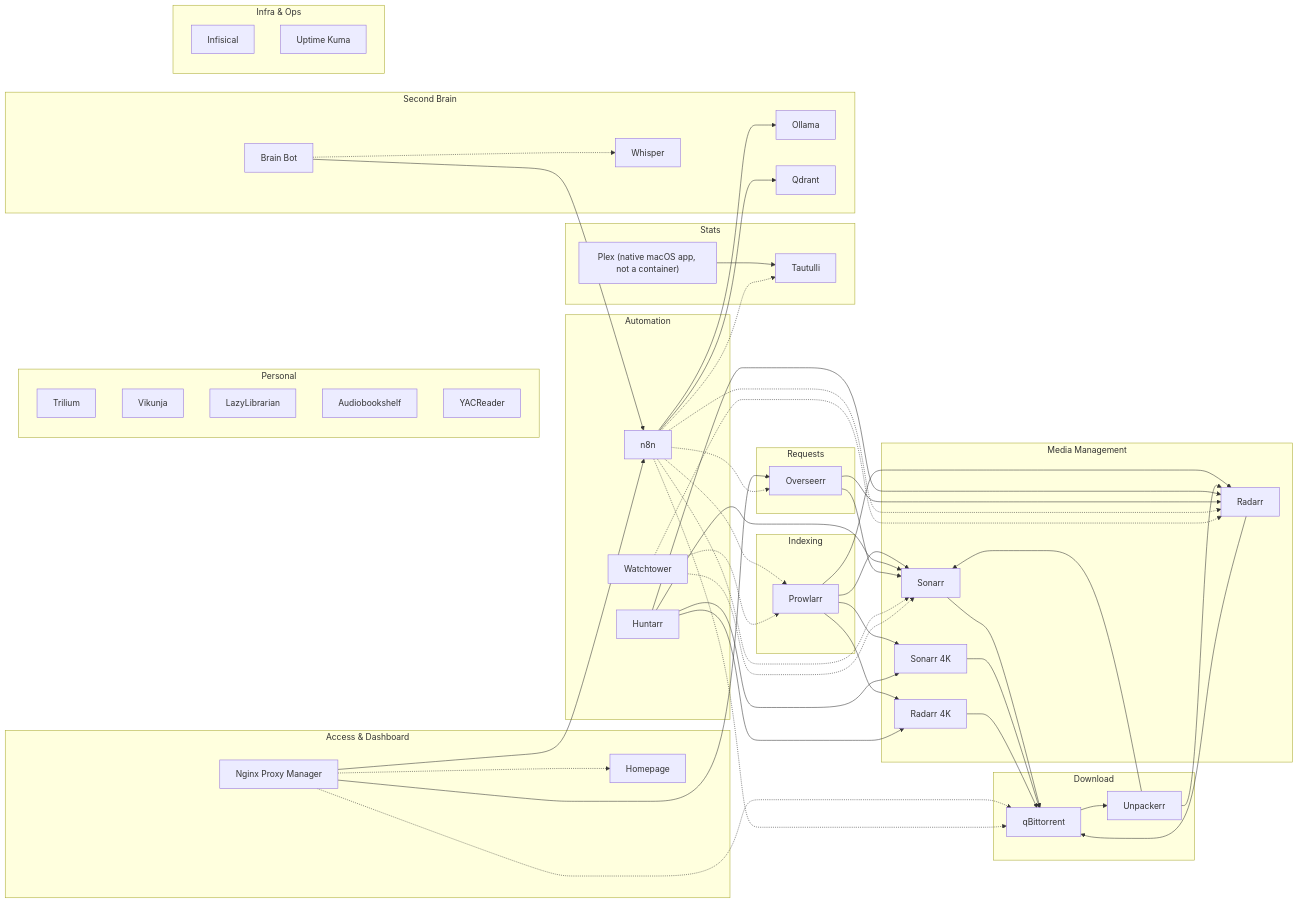
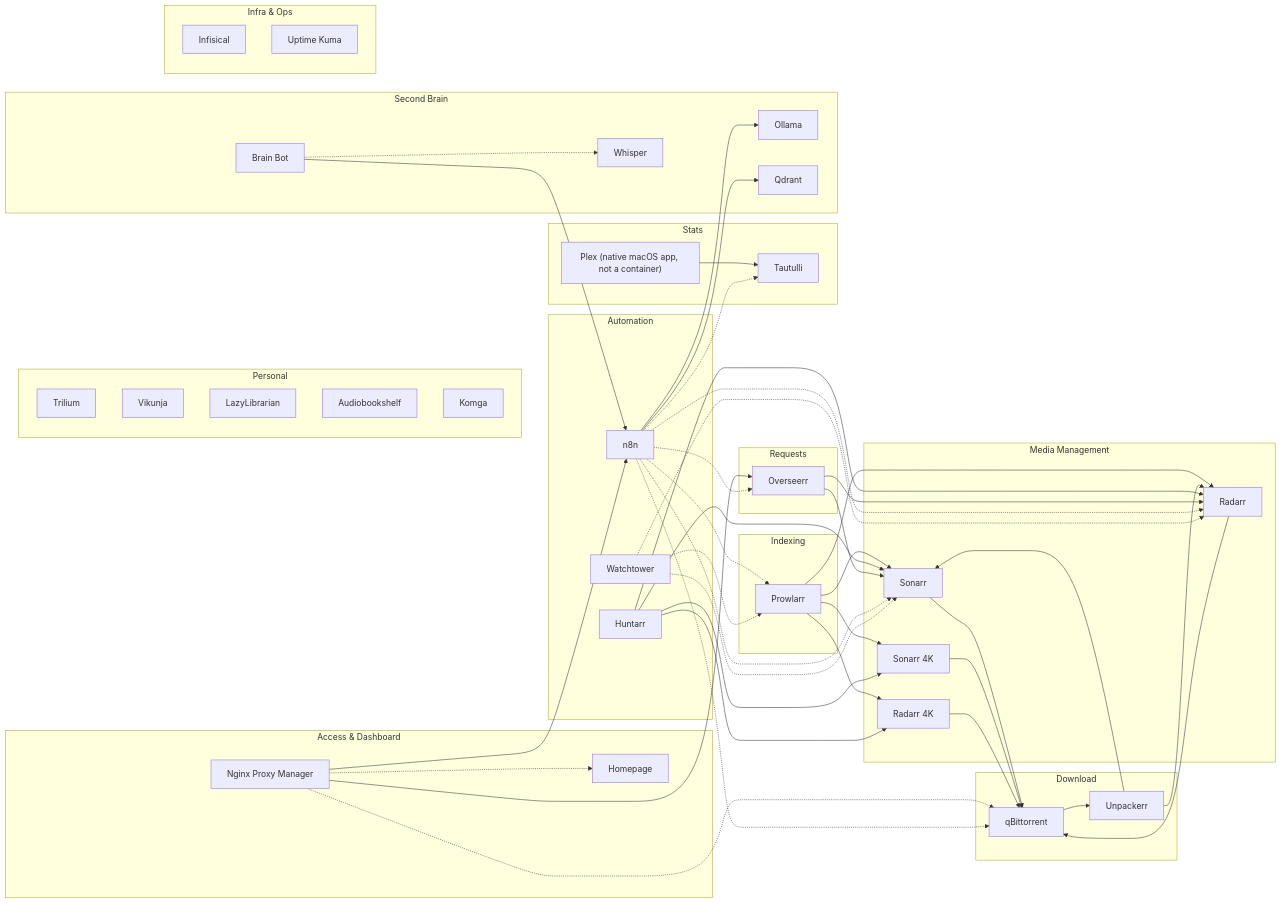
The diagram in docs/architecture/overview.md (kodyparton/docker_homelab), drawn with Mermaid before and after one commit. The commit also changed other lines of this file and 15 other files, not shown here.

First line of the commit message:
Replace YACReader with Komga; record why internal names fail in Safari

```diff
--- a/docs/architecture/overview.md
+++ b/docs/architecture/overview.md
@@ -40,7 +40,7 @@
         Vikunja
         LazyLibrarian
         Audiobookshelf
-        YACReader
+        Komga
     end
     subgraph "Second Brain"
         BrainBot["Brain Bot"]
```
